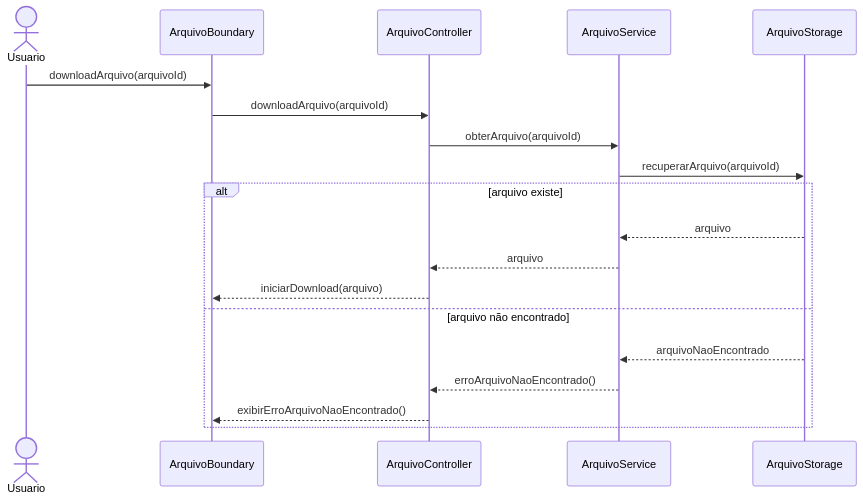
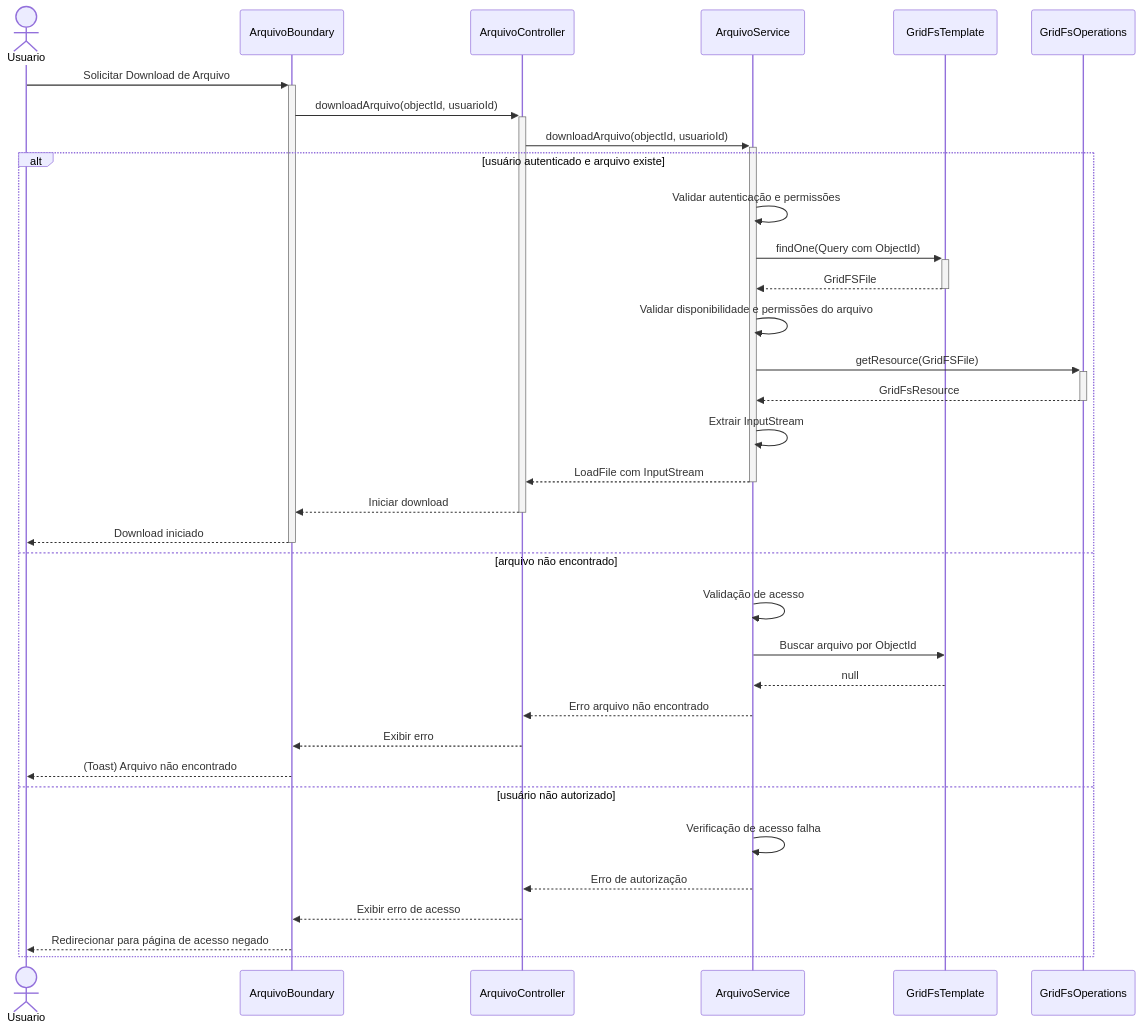
The second of 4 diagrams in docs/modeling/files.md (ImGabreuw/learning-management-system), drawn with Mermaid before and after one commit. The commit also changed other lines of this file and 1 other file, not shown here.

````diff
--- a/docs/modeling/files.md
+++ b/docs/modeling/files.md
@@ -31,22 +43,38 @@
 ```mermaid
 sequenceDiagram
     actor Usuario
     participant boundary as ArquivoBoundary
     participant controller as ArquivoController
     participant service as ArquivoService
-    participant storage as ArquivoStorage
+    participant gridFsTemplate as GridFsTemplate
+    participant gridFsOperations as GridFsOperations
 
-    Usuario->>boundary: downloadArquivo(arquivoId)
-    boundary->>controller: downloadArquivo(arquivoId)
-    controller->>service: obterArquivo(arquivoId)
-    service->>storage: recuperarArquivo(arquivoId)
-    alt arquivo existe
-        storage-->>service: arquivo
-        service-->>controller: arquivo
-        controller-->>boundary: iniciarDownload(arquivo)
+    Usuario->>+boundary: Solicitar Download de Arquivo
+    boundary->>+controller: downloadArquivo(objectId, usuarioId)
+    controller->>+service: downloadArquivo(objectId, usuarioId)
+    
+    alt usuário autenticado e arquivo existe
+        service->>service: Validar autenticação e permissões
+        service->>+gridFsTemplate: findOne(Query com ObjectId)
+        gridFsTemplate-->>-service: GridFSFile
+        service->>service: Validar disponibilidade e permissões do arquivo
+        service->>+gridFsOperations: getResource(GridFSFile)
+        gridFsOperations-->>-service: GridFsResource
+        service->>service: Extrair InputStream
+        service-->>-controller: LoadFile com InputStream
+        controller-->>-boundary: Iniciar download
+        boundary-->>-Usuario: Download iniciado
     else arquivo não encontrado
-        storage-->>service: arquivoNaoEncontrado
-        service-->>controller: erroArquivoNaoEncontrado()
-        controller-->>boundary: exibirErroArquivoNaoEncontrado()
+        service->>service: Validação de acesso
+        service->>gridFsTemplate: Buscar arquivo por ObjectId
+        gridFsTemplate-->>service: null
+        service-->>controller: Erro arquivo não encontrado
+        controller-->>boundary: Exibir erro
+        boundary-->>Usuario: (Toast) Arquivo não encontrado
+    else usuário não autorizado
+        service->>service: Verificação de acesso falha
+        service-->>controller: Erro de autorização
+        controller-->>boundary: Exibir erro de acesso
+        boundary-->>Usuario: Redirecionar para página de acesso negado
     end
 ```
````
